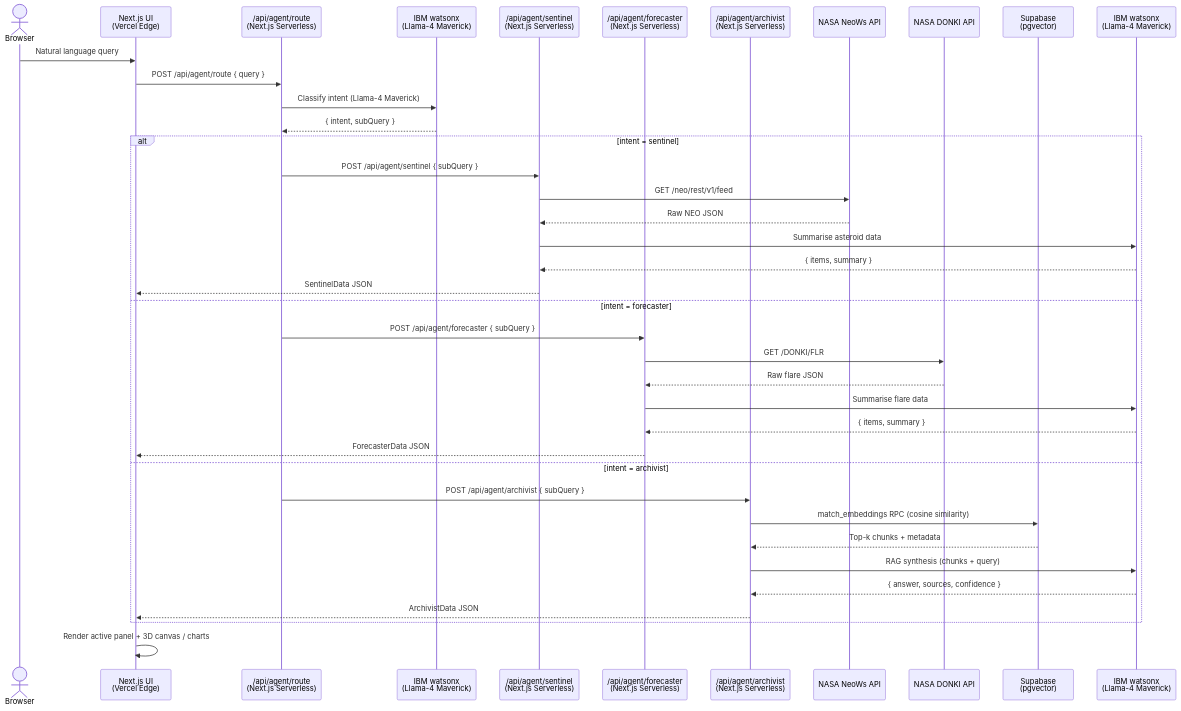
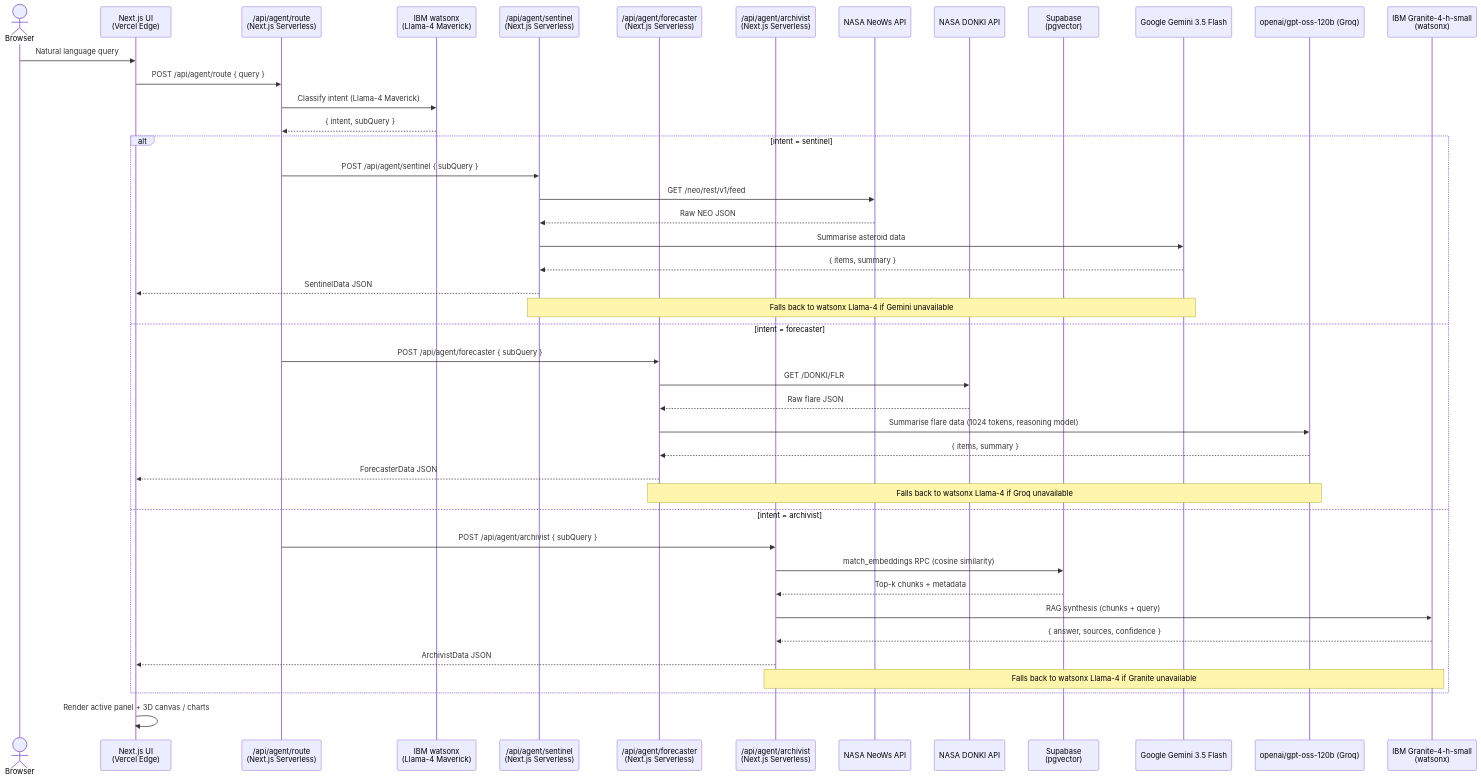
One commit to primegideon/orion-space-command changed the diagram in docs/v2-plan.md. Above: the diagram before and after it, drawn with Mermaid. The commit also changed other lines of this file and 7 other files, not shown here.

````diff
--- a/docs/v2-plan.md
+++ b/docs/v2-plan.md
@@ -37,44 +37,49 @@
 ```mermaid
 sequenceDiagram
     actor User as Browser
     participant UI as Next.js UI<br/>(Vercel Edge)
     participant Router as /api/agent/route<br/>(Next.js Serverless)
     participant WX as IBM watsonx<br/>(Llama-4 Maverick)
     participant Sentinel as /api/agent/sentinel<br/>(Next.js Serverless)
     participant Forecaster as /api/agent/forecaster<br/>(Next.js Serverless)
     participant Archivist as /api/agent/archivist<br/>(Next.js Serverless)
     participant NeoWs as NASA NeoWs API
     participant DONKI as NASA DONKI API
     participant Supabase as Supabase<br/>(pgvector)
-    participant Granite as IBM watsonx<br/>(Llama-4 Maverick)
+    participant Gemini as Google Gemini 3.5 Flash
+    participant Groq as openai/gpt-oss-120b (Groq)
+    participant Granite as IBM Granite-4-h-small<br/>(watsonx)
 
     User->>UI: Natural language query
     UI->>Router: POST /api/agent/route { query }
     Router->>WX: Classify intent (Llama-4 Maverick)
     WX-->>Router: { intent, subQuery }
 
     alt intent = sentinel
         Router->>Sentinel: POST /api/agent/sentinel { subQuery }
         Sentinel->>NeoWs: GET /neo/rest/v1/feed
         NeoWs-->>Sentinel: Raw NEO JSON
-        Sentinel->>Granite: Summarise asteroid data
-        Granite-->>Sentinel: { items, summary }
+        Sentinel->>Gemini: Summarise asteroid data
+        Gemini-->>Sentinel: { items, summary }
         Sentinel-->>UI: SentinelData JSON
+        note over Sentinel,Gemini: Falls back to watsonx Llama-4 if Gemini unavailable
     else intent = forecaster
         Router->>Forecaster: POST /api/agent/forecaster { subQuery }
         Forecaster->>DONKI: GET /DONKI/FLR
         DONKI-->>Forecaster: Raw flare JSON
-        Forecaster->>Granite: Summarise flare data
-        Granite-->>Forecaster: { items, summary }
+        Forecaster->>Groq: Summarise flare data (1024 tokens, reasoning model)
+        Groq-->>Forecaster: { items, summary }
         Forecaster-->>UI: ForecasterData JSON
+        note over Forecaster,Groq: Falls back to watsonx Llama-4 if Groq unavailable
     else intent = archivist
         Router->>Archivist: POST /api/agent/archivist { subQuery }
         Archivist->>Supabase: match_embeddings RPC (cosine similarity)
         Supabase-->>Archivist: Top-k chunks + metadata
         Archivist->>Granite: RAG synthesis (chunks + query)
         Granite-->>Archivist: { answer, sources, confidence }
         Archivist-->>UI: ArchivistData JSON
+        note over Archivist,Granite: Falls back to watsonx Llama-4 if Granite unavailable
     end
 
     UI->>UI: Render active panel + 3D canvas / charts
 ```
````
